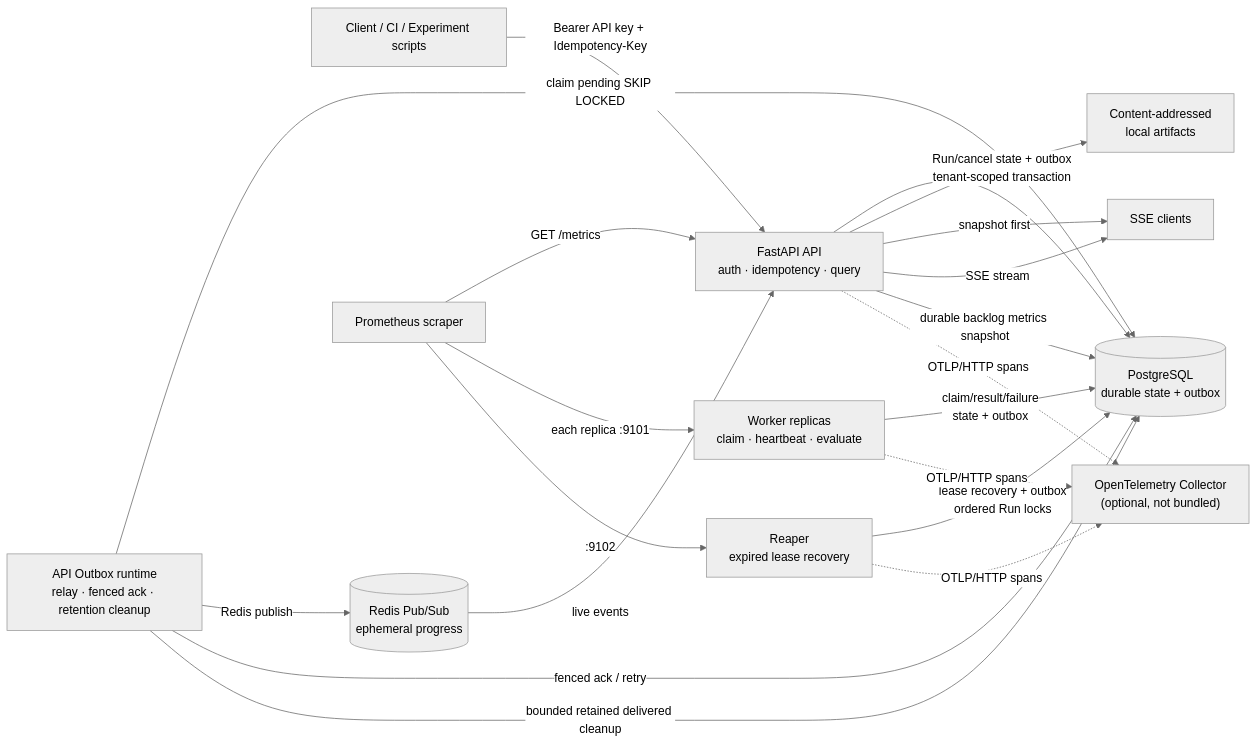
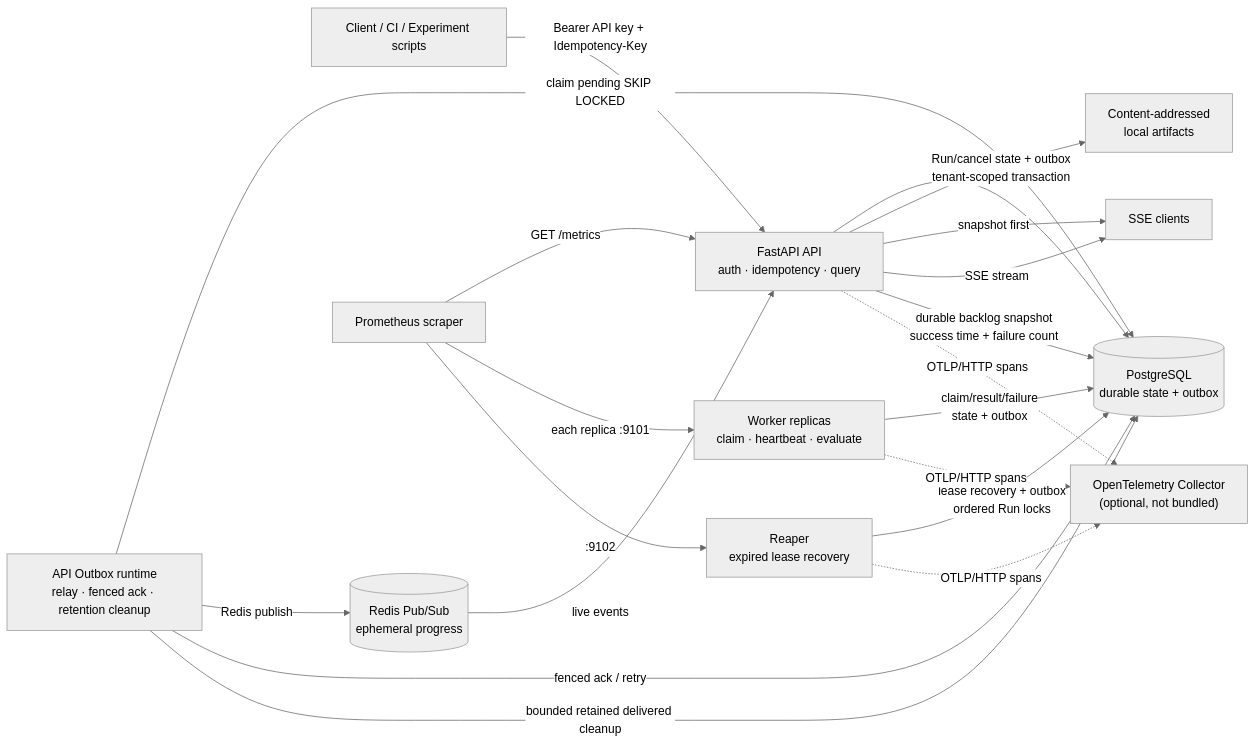
One commit to godofxuan/ai-evalops-platform changed the first of 3 diagrams in docs/architecture_diagram.md. Above: the diagram before and after it, drawn with Mermaid (neutral theme). The commit also changed other lines of this file and 10 other files, not shown here.

````diff
--- a/docs/architecture_diagram.md
+++ b/docs/architecture_diagram.md
@@ -3,36 +3,36 @@
 ```mermaid
 flowchart LR
     C["Client / CI / Experiment scripts"]
     API["FastAPI API<br/>auth · idempotency · query"]
     RELAY["API Outbox runtime<br/>relay · fenced ack · retention cleanup"]
     PG[("PostgreSQL<br/>durable state + outbox")]
     REDIS[("Redis Pub/Sub<br/>ephemeral progress")]
     ART["Content-addressed<br/>local artifacts"]
     W["Worker replicas<br/>claim · heartbeat · evaluate"]
     R["Reaper<br/>expired lease recovery"]
     SSE["SSE clients"]
     PROM["Prometheus scraper"]
     OTEL["OpenTelemetry Collector<br/>(optional, not bundled)"]
 
     C -->|"Bearer API key + Idempotency-Key"| API
     API -->|"Run/cancel state + outbox<br/>tenant-scoped transaction"| PG
     API --> ART
     API -->|"snapshot first"| SSE
     REDIS -->|"live events"| API
     API -->|"SSE stream"| SSE
 
     W -->|"claim/result/failure<br/>state + outbox"| PG
     R -->|"lease recovery + outbox<br/>ordered Run locks"| PG
     RELAY -->|"claim pending SKIP LOCKED"| PG
     RELAY -->|"Redis publish"| REDIS
     RELAY -->|"fenced ack / retry"| PG
     RELAY -->|"bounded retained delivered cleanup"| PG
-    API -->|"durable backlog metrics snapshot"| PG
+    API -->|"durable backlog snapshot<br/>success time + failure count"| PG
 
     PROM -->|"GET /metrics"| API
     PROM -->|"each replica :9101"| W
     PROM -->|":9102"| R
     API -.->|"OTLP/HTTP spans"| OTEL
     W -.->|"OTLP/HTTP spans"| OTEL
     R -.->|"OTLP/HTTP spans"| OTEL
 ```
````
